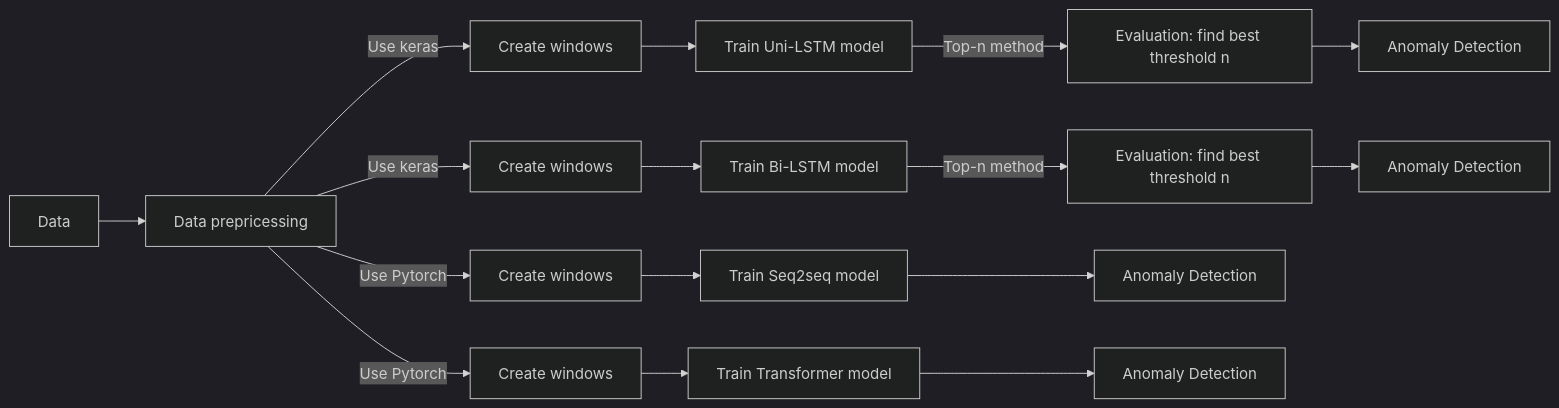
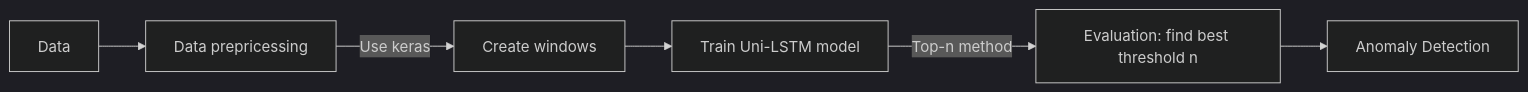
Before and after one commit to weiwu-o/Master-thesis-project: the diagram in Uni-LSTM/README.md, drawn with Mermaid (dark theme).

````diff
--- a/Uni-LSTM/README.md
+++ b/Uni-LSTM/README.md
@@ -1,22 +1,9 @@
 ```mermaid
 graph LR
    A[Data] --> B[Data prepricessing]
    B -- Use keras -->C[Create windows]
    C -->CC[Train Uni-LSTM model]
    CC -- Top-n method -->CCC[Evaluation: find best threshold n]
    CCC --> CCCC[Anomaly Detection]
-   
-   
-   B -- Use keras-->D[Create windows]
-   D -->DD[Train Bi-LSTM model]
-   DD -- Top-n method -->DDD[Evaluation: find best threshold n]
-   DDD --> DDDD[Anomaly Detection]
-   
-   
-   B -- Use Pytorch -->E[Create windows]
-   E -->EE[Train Seq2seq model]
-   EE --> EEE[Anomaly Detection]
-   B -- Use Pytorch-->F[Create windows]
-   F -->FF[Train Transformer model]
-   FF --> FFF[Anomaly Detection]
+
 ``` 
````
